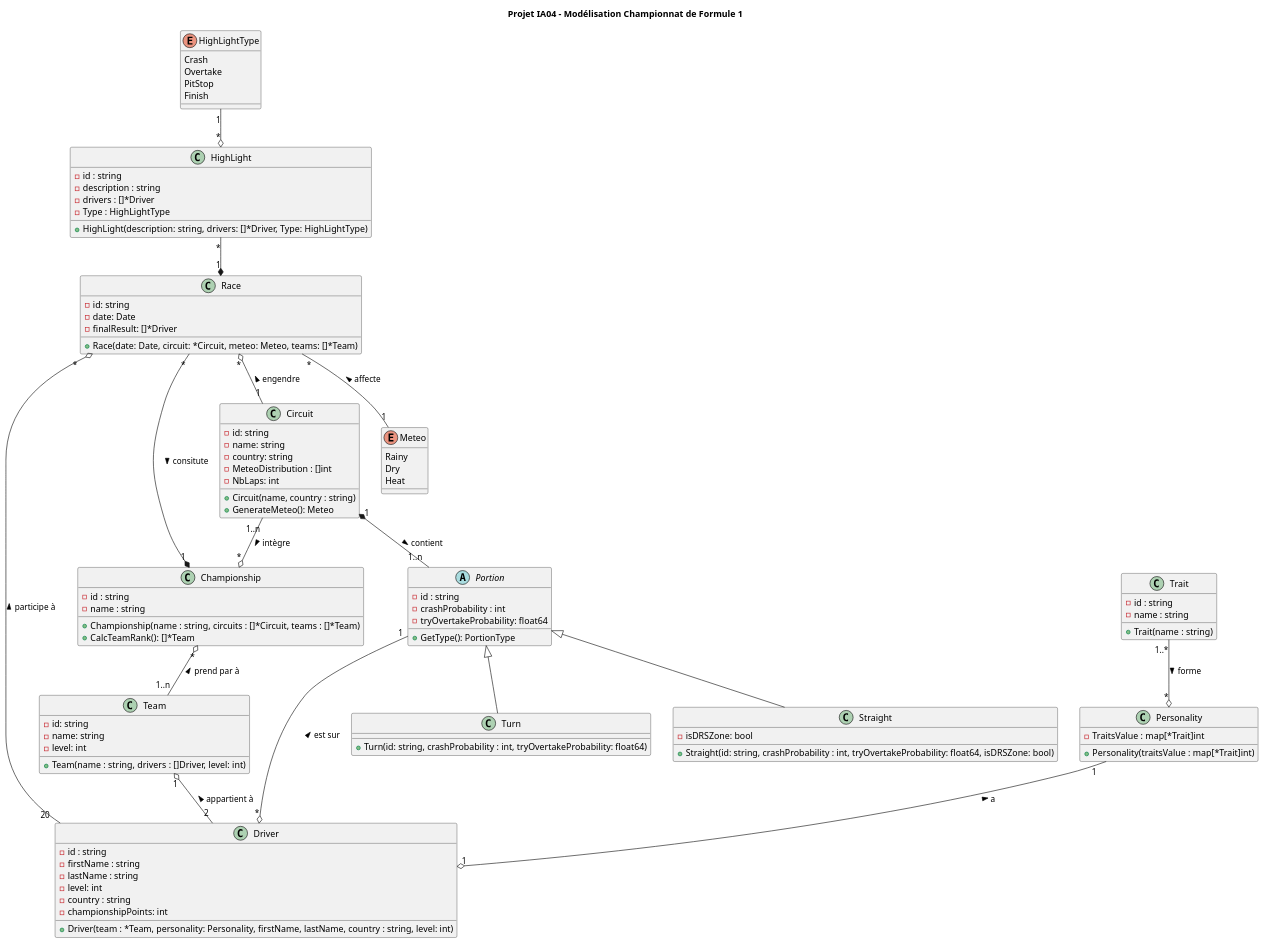
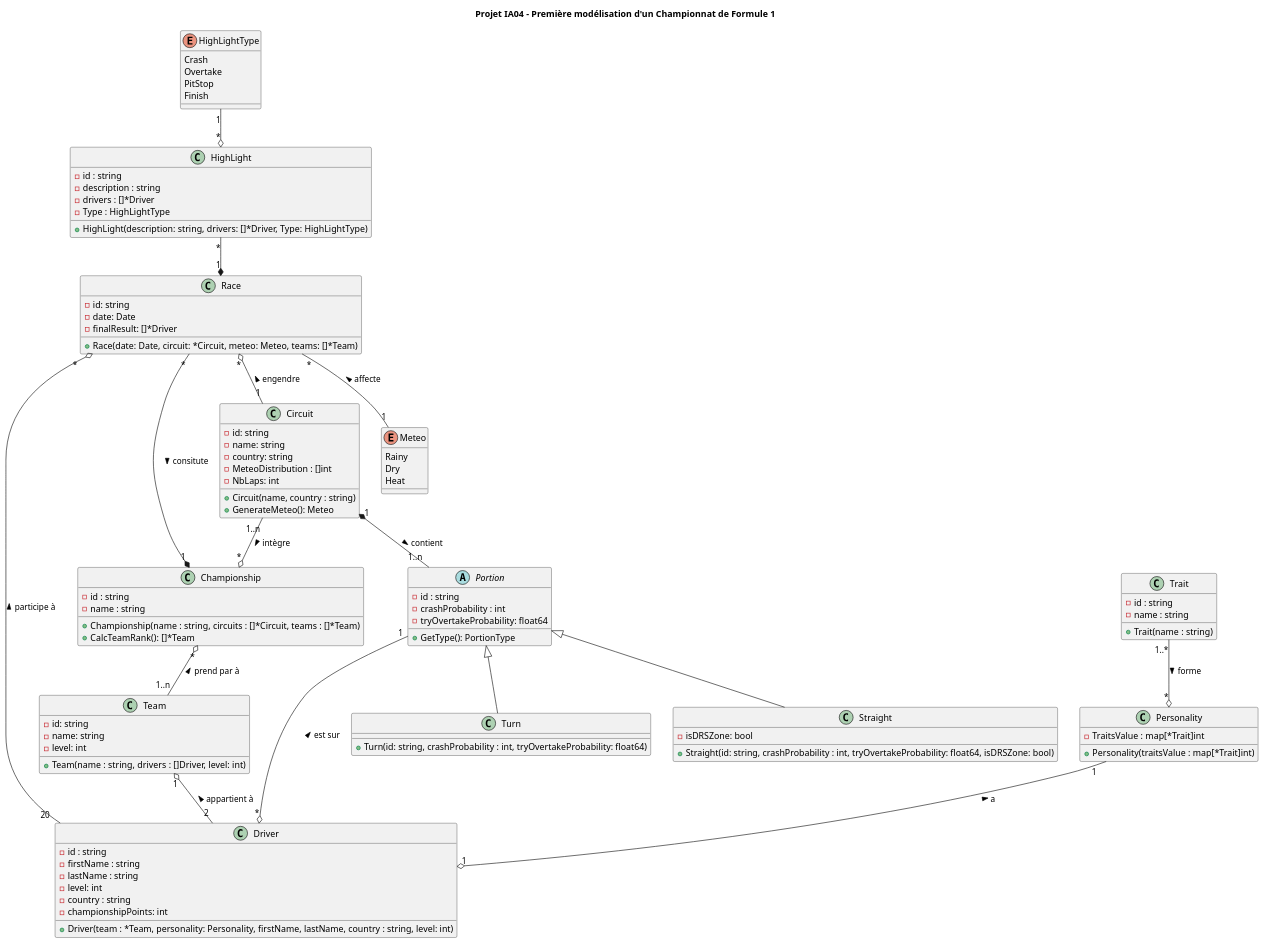
One commit to DamienVaurs/formule-1-ia04 changed the diagram in projectUML.plantuml. Above: the diagram before and after it, drawn with PlantUML.

```diff
--- a/projectUML.plantuml
+++ b/projectUML.plantuml
@@ -1,127 +1,127 @@
 @startuml IA04 - Modélisation Championnat de Formule 1
 
 
-title Projet IA04 - Modélisation Championnat de Formule 1
+title Projet IA04 - Première modélisation d'un Championnat de Formule 1
 
 
 class Driver {
   - id : string
   - firstName : string
   - lastName : string
   - level: int
   - country : string
   - championshipPoints: int
 
   + Driver(team : *Team, personality: Personality, firstName, lastName, country : string, level: int)
   
   }
   
 class Team {
   - id: string
   - name: string
   - level: int
 
   + Team(name : string, drivers : []Driver, level: int)
 
 }
 
 class Circuit {
   - id: string
   - name: string
   - country: string
   - MeteoDistribution : []int
   - NbLaps: int
 
   + Circuit(name, country : string)
   + GenerateMeteo(): Meteo
 }
 
 class Championship{
   - id : string
   - name : string
 
   + Championship(name : string, circuits : []*Circuit, teams : []*Team)
   + CalcTeamRank(): []*Team
 }
 
 class HighLight{
   - id : string
   - description : string
   - drivers : []*Driver
   - Type : HighLightType
 
   + HighLight(description: string, drivers: []*Driver, Type: HighLightType)
 }
 
 enum HighLightType{
   Crash
   Overtake
   PitStop
   Finish
 }
 
 enum Meteo{
   Rainy
   Dry
   Heat
 }
 
 class Personality{
   - TraitsValue : map[*Trait]int
 
   + Personality(traitsValue : map[*Trait]int)
 }
 
 class Trait{
   - id : string
   - name : string
 
   + Trait(name : string)
 }
 
 abstract class Portion{
   - id : string
   - crashProbability : int
   - tryOvertakeProbability: float64
 
   + GetType(): PortionType
 }
 
 
 class Turn{
 
   + Turn(id: string, crashProbability : int, tryOvertakeProbability: float64)
 }
 
 class Straight{
   - isDRSZone: bool
 
   + Straight(id: string, crashProbability : int, tryOvertakeProbability: float64, isDRSZone: bool)
 }
 
 class Race{
   - id: string
   - date: Date 
   - finalResult: []*Driver
 
   + Race(date: Date, circuit: *Circuit, meteo: Meteo, teams: []*Team)
 }
 
 HighLightType "1" --o "*" HighLight
 HighLight "*" --* "1" Race
 Race "*" o-- "20" Driver : participe à <
 Race "*" o-- "1" Circuit : engendre <
 Race "*" --* "1" Championship : consitute >
 Race "*" -- "1" Meteo : affecte <
 Circuit "1..n" --o "*" Championship : intègre >
 Circuit "1" *-- "1..n" Portion : contient >
 Portion  <|--  Turn
 Portion  <|--  Straight
 Portion "1" --o "*" Driver : est sur <
 Championship "*" o-- "1..n" Team : prend par à <
 Team "1" o-- "2" Driver : appartient à <
 Personality "1" --o "1" Driver : a <
 Trait "1..*" --o "*" Personality : forme >
 
 
 @enduml
```
